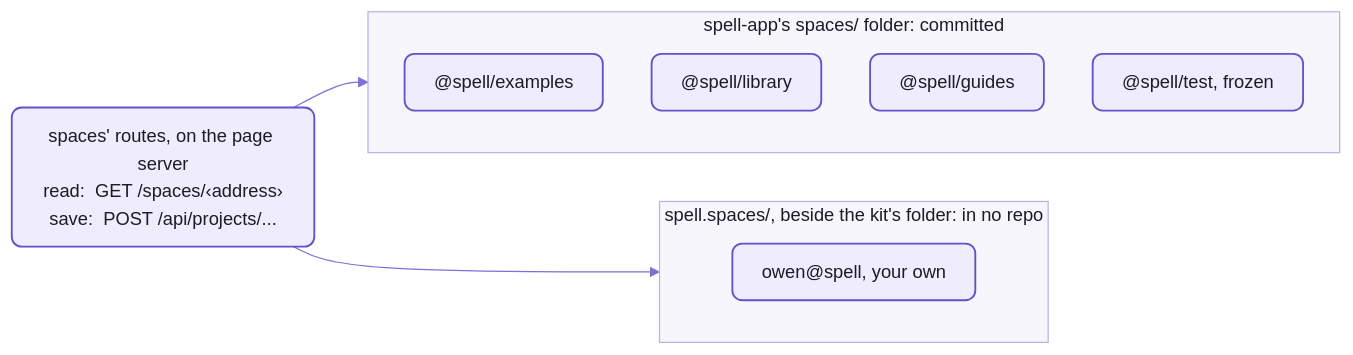
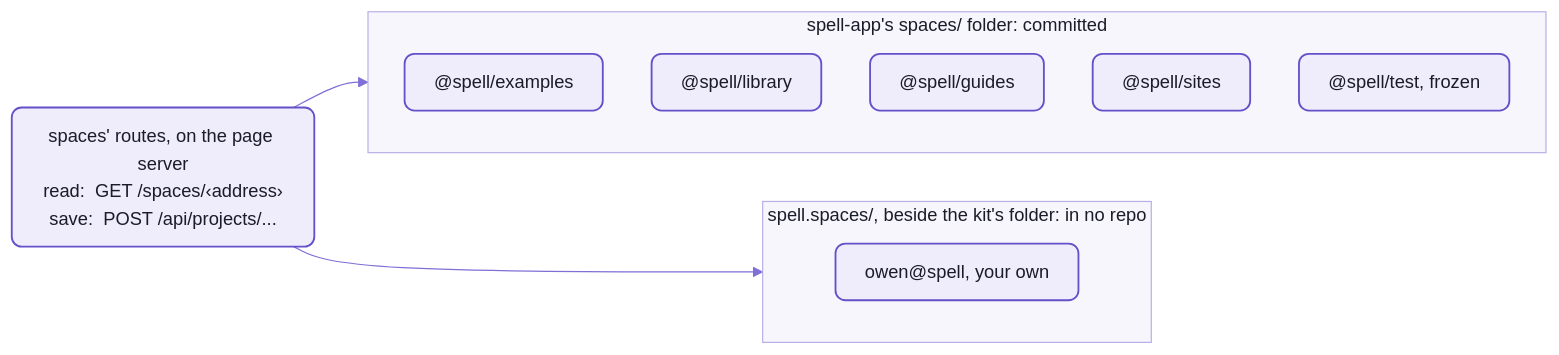
One commit to spell-app/spell changed the first of 2 diagrams in app/README-spaces.md. Above: the diagram before and after it, drawn with Mermaid. The commit also changed other lines of this file and 32 other files, not shown here.

Commit message:
mockup T31:  a new built-in group, @spell/sites, and SpellApp in it -- Spell's own app as a site, moved out of a person's space, with small pictures and no one's real details in them

````diff
--- a/app/README-spaces.md
+++ b/app/README-spaces.md
@@ -37,18 +37,19 @@
 ```mermaid
 %%{init: {"theme":"base","themeVariables":{"fontFamily":"-apple-system, BlinkMacSystemFont, Segoe UI, Helvetica, Arial, sans-serif","fontSize":"15px","primaryColor":"#EFECFB","primaryBorderColor":"#6550CA","primaryTextColor":"#1A1C27","secondaryColor":"#F4F1E9","tertiaryColor":"#F7F6FC","lineColor":"#7F6FD6","textColor":"#7F6FD6","clusterBkg":"#F7F6FC","clusterBorder":"#B9B0E8","titleColor":"#1A1C27","edgeLabelBackground":"#F7F6FC","actorBkg":"#EFECFB","actorBorder":"#6550CA","actorTextColor":"#1A1C27","actorLineColor":"#9C90DE","signalColor":"#7F6FD6","signalTextColor":"#7F6FD6","labelBoxBkgColor":"#EFECFB","labelBoxBorderColor":"#6550CA","labelTextColor":"#1A1C27","loopTextColor":"#7F6FD6","noteBkgColor":"#F1E7D4","noteBorderColor":"#C9B48A","noteTextColor":"#1A1C27","activationBkgColor":"#DCD6F7","activationBorderColor":"#6550CA","sequenceNumberColor":"#FFFFFF"},"flowchart":{"curve":"basis","padding":12,"nodeSpacing":40,"rankSpacing":44}}}%%
 flowchart LR
   server["spaces' routes, on the page server<br/>read:  GET /spaces/‹address›<br/>save:  POST /api/projects/..."]
   subgraph app["spell-app's spaces/ folder:  committed"]
     examples["@spell/examples"]
     library["@spell/library"]
     guides["@spell/guides"]
+    sites["@spell/sites"]
     tests["@spell/test, frozen"]
   end
   subgraph yours["spell.spaces/, beside the kit's folder:  in no repo"]
     own["owen@spell, your own"]
   end
   server --> app
   server --> yours
   %% the Spell look:  yarn mermaid:pretty
   classDef default fill:#EFECFB,stroke:#6550CA,stroke-width:1.5px,color:#1A1C27,rx:8px,ry:8px
 ```
````
